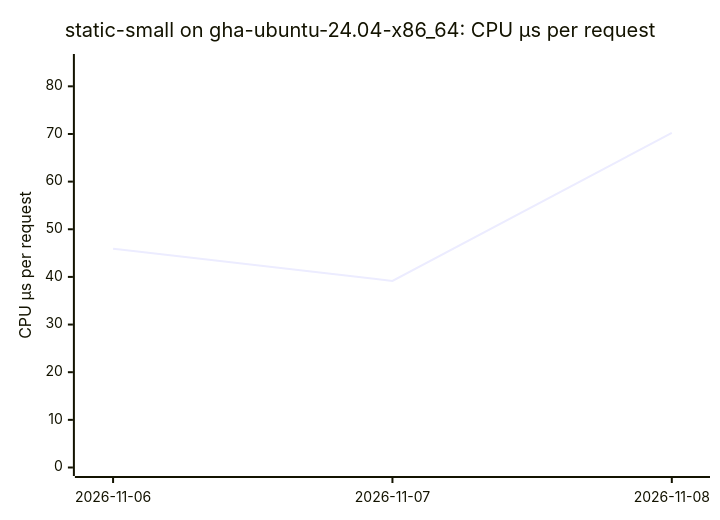
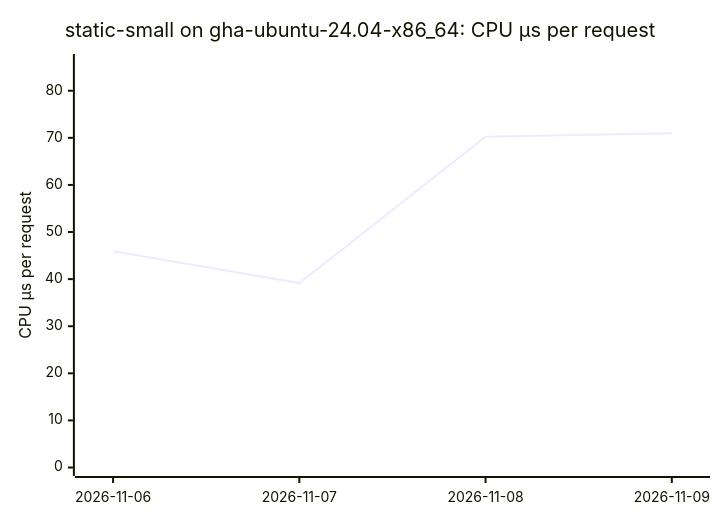
Before and after one commit to ThePixelPilgrim/durchlauferhitzer: the first of 18 diagrams in BENCHMARKS.md, drawn with Mermaid. The commit also changed other lines of this file and 1 other file, not shown here.

````diff
--- a/BENCHMARKS.md
+++ b/BENCHMARKS.md
@@ -25,7 +26,7 @@
 ```mermaid
 xychart-beta
   title "static-small on gha-ubuntu-24.04-x86_64: CPU µs per request"
-  x-axis ["2026-11-06", "2026-11-07", "2026-11-08"]
-  y-axis "CPU µs per request" 0 --> 85
-  line [45.92, 39.16, 70.24]
+  x-axis ["2026-11-06", "2026-11-07", "2026-11-08", "2026-11-09"]
+  y-axis "CPU µs per request" 0 --> 86
+  line [45.92, 39.16, 70.24, 70.98]
 ```
````
